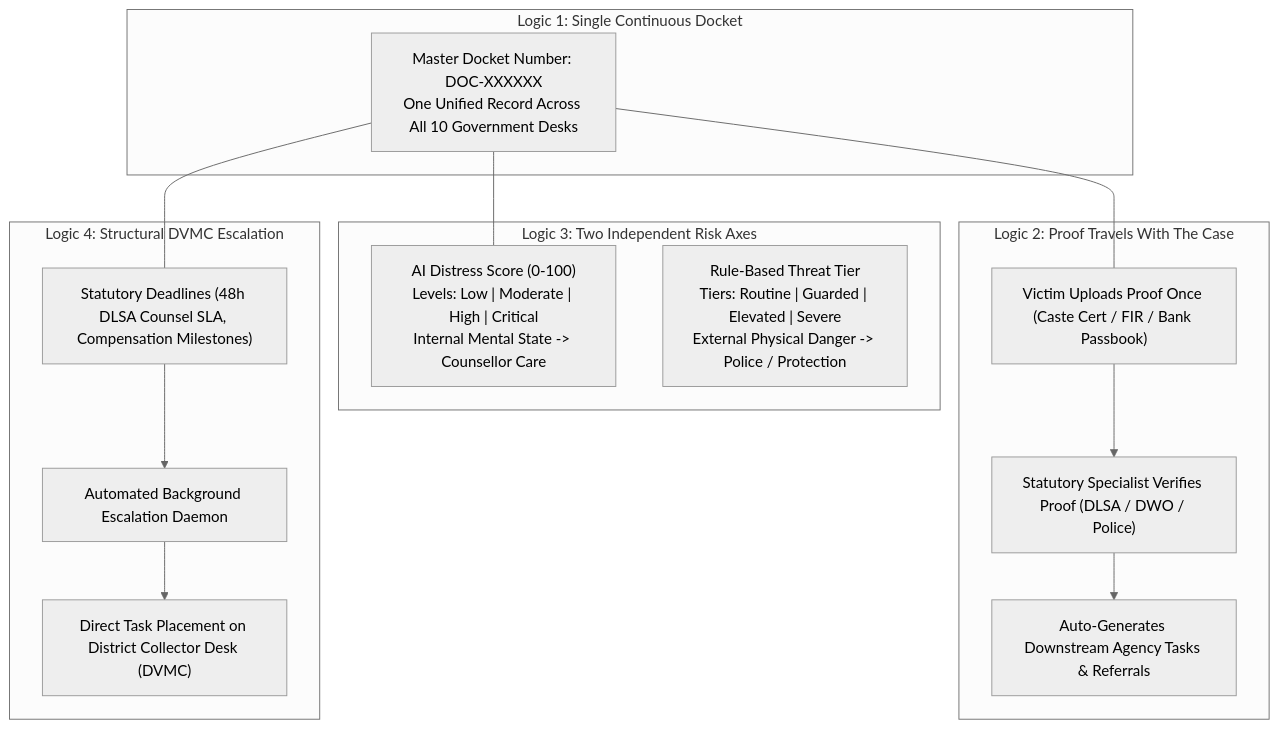
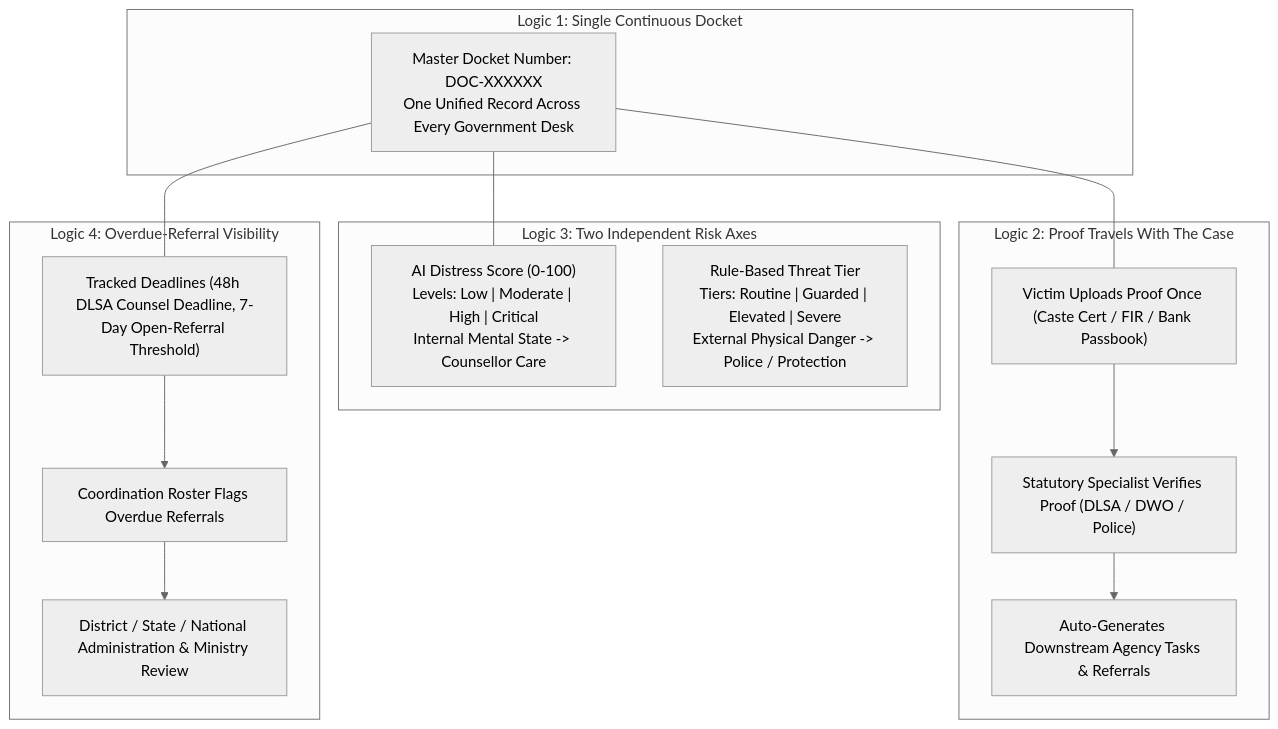
One commit to Ganga9115/Mansakha changed the first of 7 diagrams in Mansakha/README.md. Above: the diagram before and after it, drawn with Mermaid (neutral theme). The commit also changed other lines of this file and 1 other file, not shown here.

First line of the commit message:
Align README with the current roles, workflows, and schema

````diff
--- a/Mansakha/README.md
+++ b/Mansakha/README.md
@@ -56,29 +56,29 @@
 ```mermaid
 graph TD
     subgraph "Logic 1: Single Continuous Docket"
-        DOC["Master Docket Number: DOC-XXXXXX<br/>One Unified Record Across All 10 Government Desks"]
+        DOC["Master Docket Number: DOC-XXXXXX<br/>One Unified Record Across Every Government Desk"]
     end
 
     subgraph "Logic 2: Proof Travels With The Case"
         Upload["Victim Uploads Proof Once (Caste Cert / FIR / Bank Passbook)"]
         Verify["Statutory Specialist Verifies Proof (DLSA / DWO / Police)"]
         AutoRef["Auto-Generates Downstream Agency Tasks & Referrals"]
         Upload --> Verify --> AutoRef
     end
 
     subgraph "Logic 3: Two Independent Risk Axes"
         Distress["AI Distress Score (0-100)<br/>Levels: Low | Moderate | High | Critical<br/>Internal Mental State -> Counsellor Care"]
         Threat["Rule-Based Threat Tier<br/>Tiers: Routine | Guarded | Elevated | Severe<br/>External Physical Danger -> Police / Protection"]
     end
 
-    subgraph "Logic 4: Structural DVMC Escalation"
-        SLA["Statutory Deadlines (48h DLSA Counsel SLA, Compensation Milestones)"]
-        Checker["Automated Background Escalation Daemon"]
-        Collector["Direct Task Placement on District Collector Desk (DVMC)"]
-        SLA --> Checker --> Collector
+    subgraph "Logic 4: Overdue-Referral Visibility"
+        SLA["Tracked Deadlines (48h DLSA Counsel Deadline, 7-Day Open-Referral Threshold)"]
+        Roster["Coordination Roster Flags Overdue Referrals"]
+        Admin["District / State / National Administration & Ministry Review"]
+        SLA --> Roster --> Admin
     end
 
     DOC --- Upload
     DOC --- Distress
     DOC --- SLA
 ```
````
